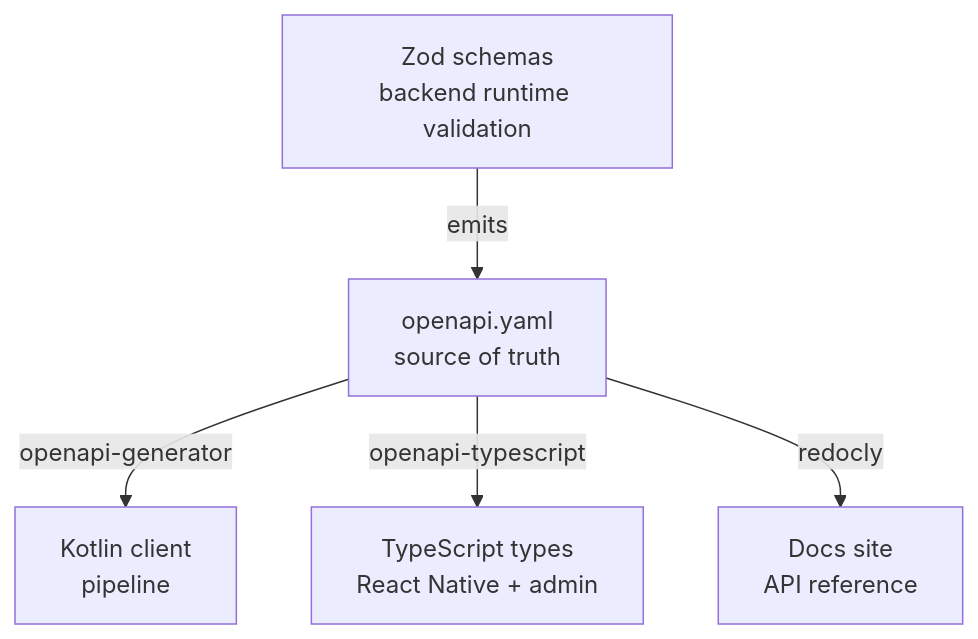
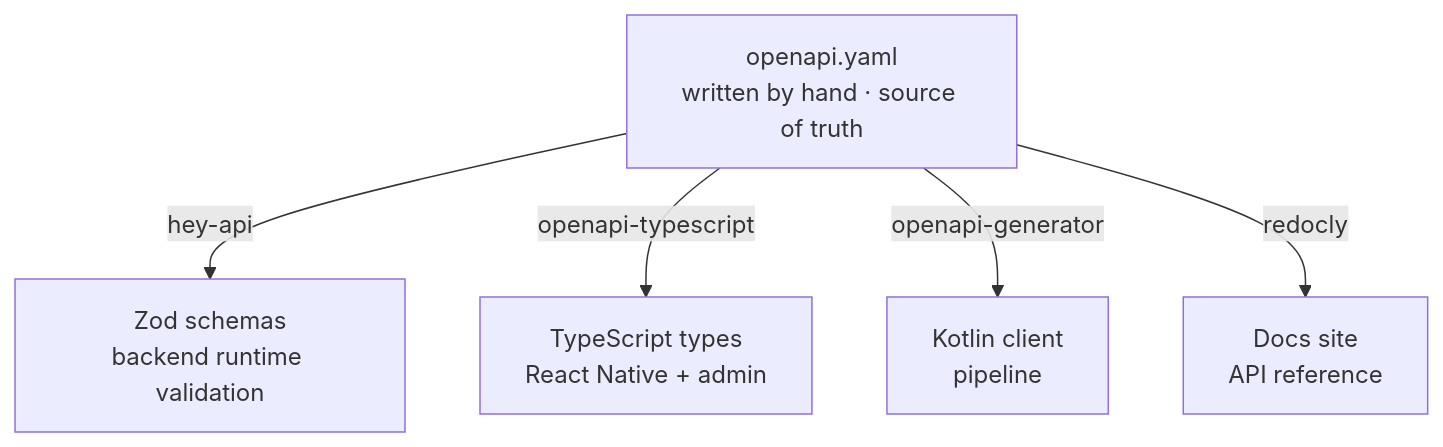
The second of 2 diagrams in apps/docs/src/content/docs/architecture/backend.md (BytePhilosopher/EchoGuide), drawn with Mermaid before and after one commit. The commit also changed other lines of this file and 20 other files, not shown here.

Commit message:
feat(openapi): yaml-first contract with zod, ts, kotlin and redoc generation

````diff
--- a/apps/docs/src/content/docs/architecture/backend.md
+++ b/apps/docs/src/content/docs/architecture/backend.md
@@ -79,9 +82,10 @@
 ```mermaid
 flowchart TD
     accTitle: Contract generation
-    accDescr: Zod schemas used for backend runtime validation emit openapi.yaml, the source of truth. From it, openapi-generator produces the Kotlin client for the pipeline, openapi-typescript produces TypeScript types for React Native and admin, and redocly produces the API reference for the docs site.
-    zod[Zod schemas<br/>backend runtime validation] -->|emits| src[openapi.yaml<br/>source of truth]:::core
+    accDescr: openapi.yaml is written by hand and is the source of truth. From it, hey-api generates the Zod schemas the backend validates with, openapi-typescript generates TypeScript types for React Native and admin, openapi-generator generates the Kotlin client for the pipeline, and redocly generates the API reference for the docs site.
+    src[openapi.yaml<br/>written by hand · source of truth]:::core
+    src -->|hey-api| zod[Zod schemas<br/>backend runtime validation]
+    src -->|openapi-typescript| ts[TypeScript types<br/>React Native + admin]
     src -->|openapi-generator| kt[Kotlin client<br/>pipeline]
-    src -->|openapi-typescript| ts[TypeScript types<br/>React Native + admin]
     src -->|redocly| docs[Docs site<br/>API reference]
 ```
````
